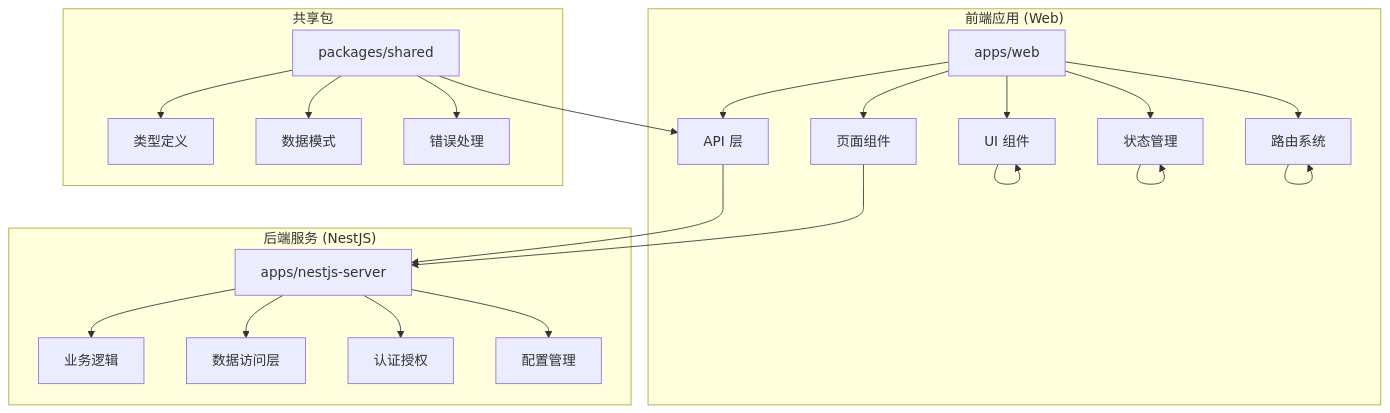
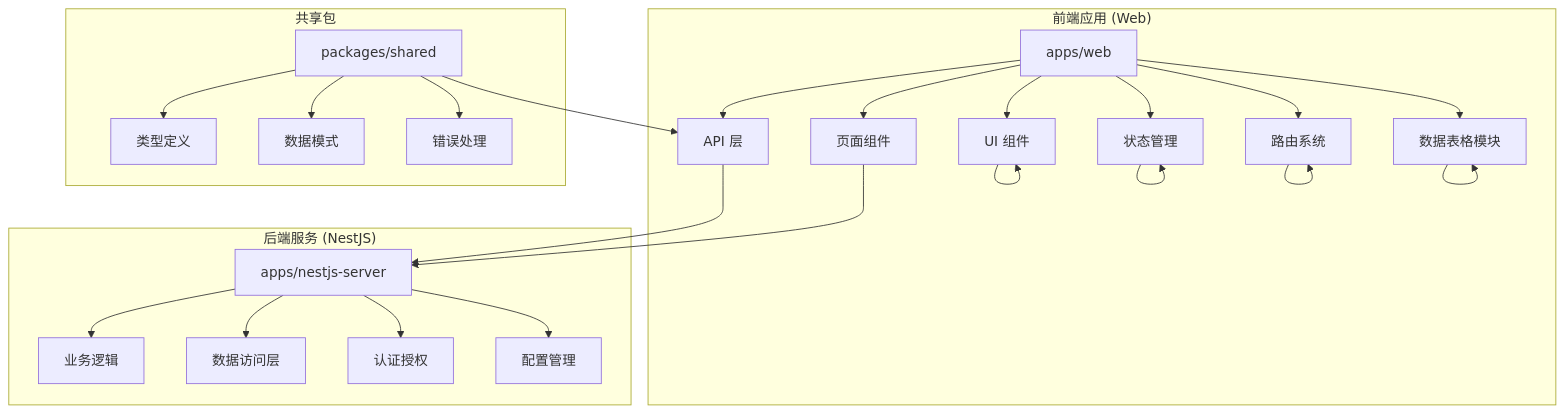
Before and after one commit to translateServers/nodes-stack: the first of 13 diagrams in .qoder/repowiki/zh/content/开发工具/UI_UX Pro Max 技能系统.md, drawn with Mermaid. The commit also changed other lines of this file and 9 other files, not shown here.

````diff
--- a/.qoder/repowiki/zh/content/开发工具/UI_UX Pro Max 技能系统.md
+++ b/.qoder/repowiki/zh/content/开发工具/UI_UX Pro Max 技能系统.md
@@ -48,27 +62,29 @@
 ```mermaid
 graph TB
 subgraph "前端应用 (Web)"
 A[apps/web] --> A1[页面组件]
 A --> A2[API 层]
 A --> A3[UI 组件]
 A --> A4[状态管理]
 A --> A5[路由系统]
+A --> A6[数据表格模块]
 end
 subgraph "后端服务 (NestJS)"
 B[apps/nestjs-server] --> B1[业务逻辑]
 B --> B2[数据访问层]
 B --> B3[认证授权]
 B --> B4[配置管理]
 end
 subgraph "共享包"
 C[packages/shared] --> C1[类型定义]
 C --> C2[数据模式]
 C --> C3[错误处理]
 end
 A1 --> B
 A2 --> B
 A3 --> A3
 A4 --> A4
 A5 --> A5
+A6 --> A6
 C --> A2
 ```
````
